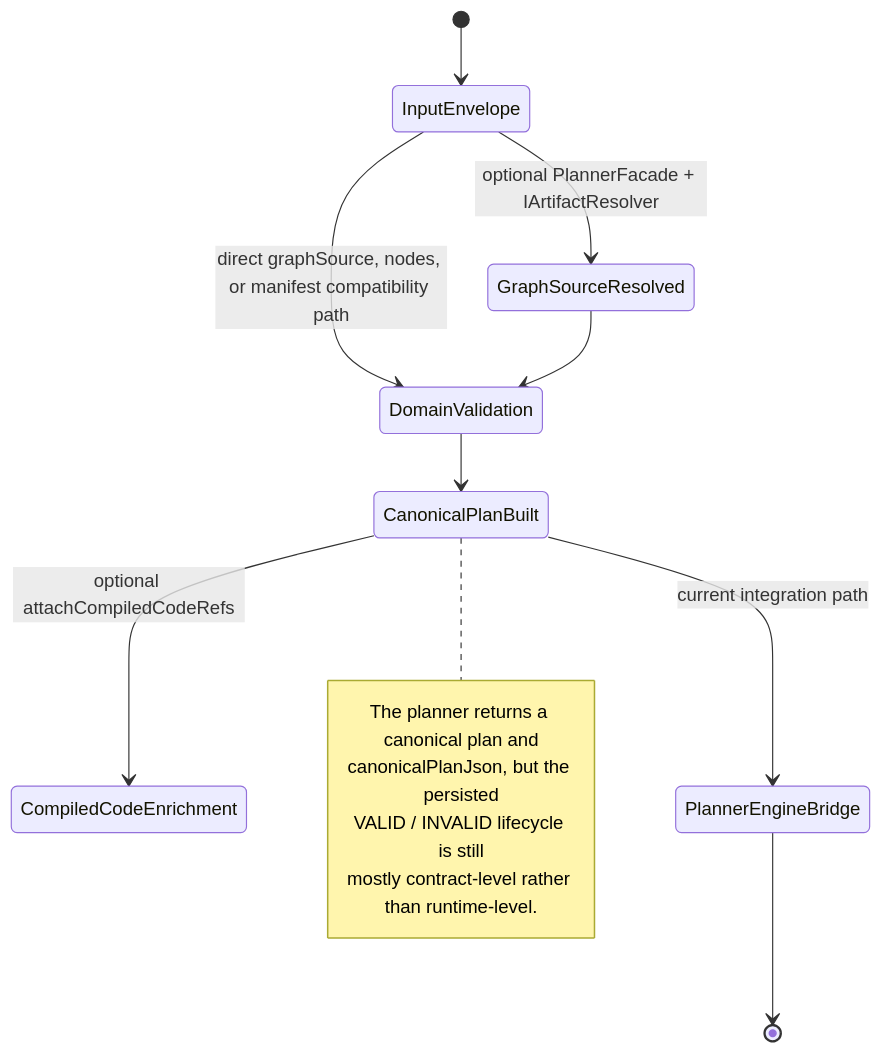
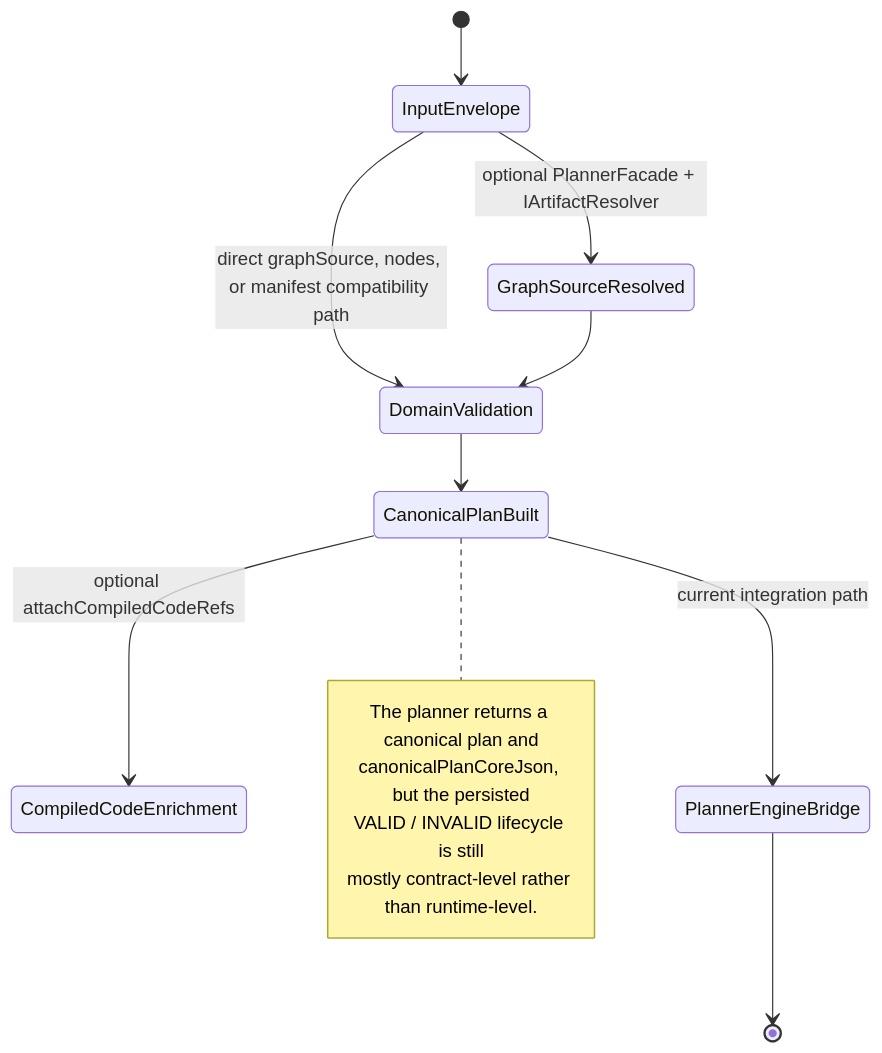
One commit to dunay2/dvt changed the fourth of 4 diagrams in docs/planning/status/planner-current-state-assessment-20260320.md. Above: the diagram before and after it, drawn with Mermaid. The commit also changed other lines of this file and 31 other files, not shown here.

Commit message:
refactor(contracts): Separate plan-core JSON from persisted plan JSON

````diff
--- a/docs/planning/status/planner-current-state-assessment-20260320.md
+++ b/docs/planning/status/planner-current-state-assessment-20260320.md
@@ -364,18 +364,18 @@
 ```mermaid
 stateDiagram-v2
     [*] --> InputEnvelope
     InputEnvelope --> GraphSourceResolved: optional PlannerFacade + IArtifactResolver
     InputEnvelope --> DomainValidation: direct graphSource, nodes, or manifest compatibility path
     GraphSourceResolved --> DomainValidation
     DomainValidation --> CanonicalPlanBuilt
     CanonicalPlanBuilt --> CompiledCodeEnrichment: optional attachCompiledCodeRefs
     CanonicalPlanBuilt --> PlannerEngineBridge: current integration path
     PlannerEngineBridge --> [*]
 
     note right of CanonicalPlanBuilt
       The planner returns a canonical plan and
-      canonicalPlanJson, but the persisted
+      canonicalPlanCoreJson, but the persisted
       VALID / INVALID lifecycle is still
       mostly contract-level rather than runtime-level.
     end note
 ```
````
